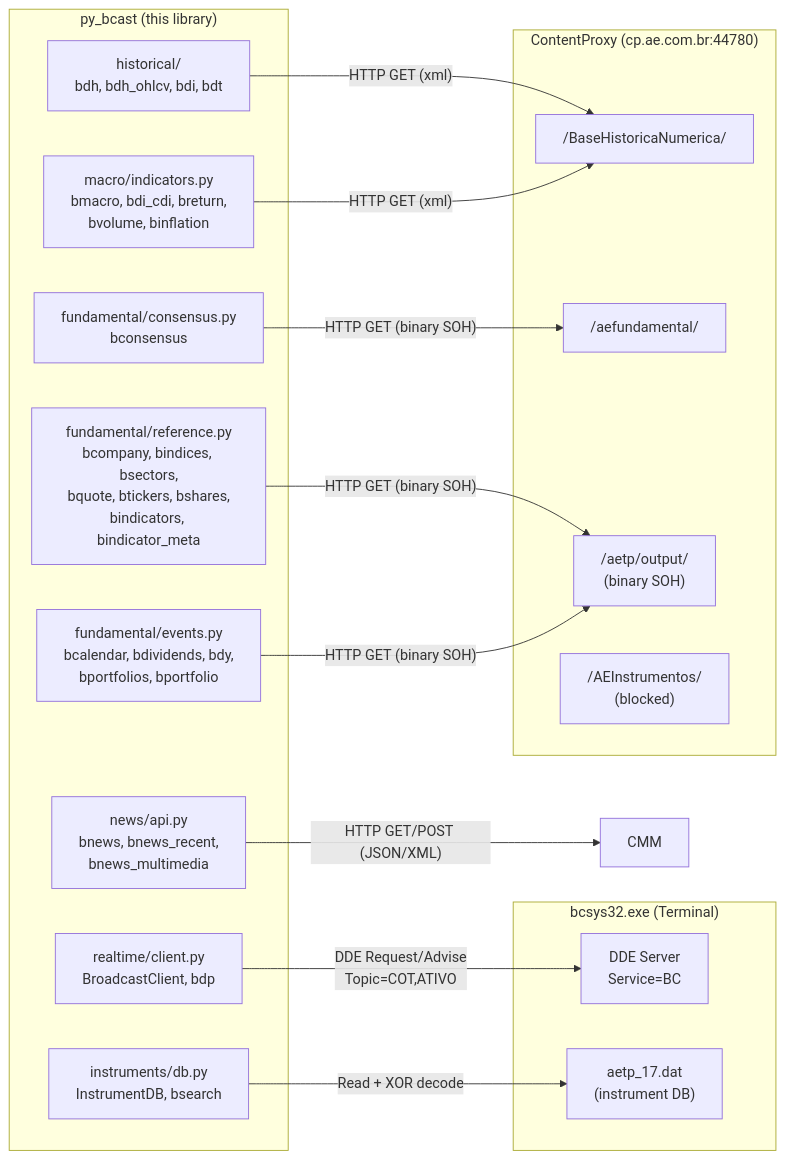
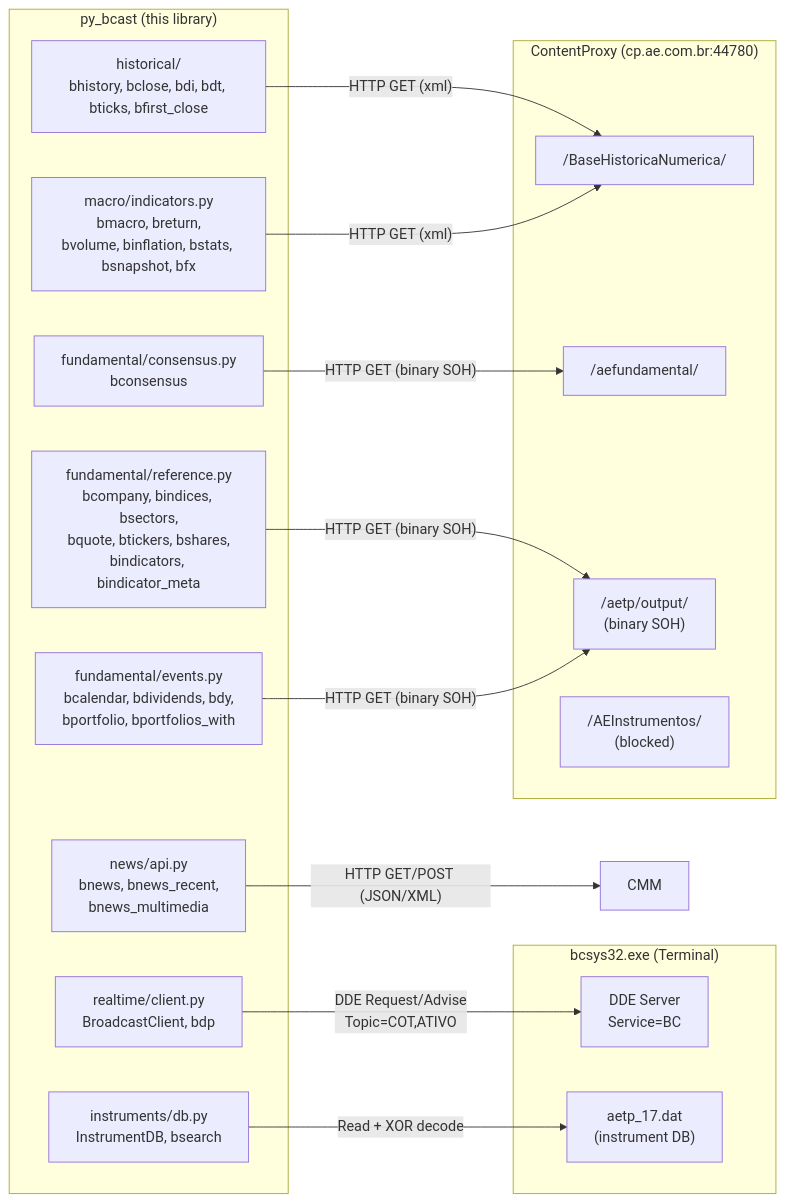
One commit to enzoomoreira/py-bcast changed the first of 2 diagrams in docs/legacy/internals.md. Above: the diagram before and after it, drawn with Mermaid. The commit also changed 7 other files, not shown here.

````diff
--- a/docs/legacy/internals.md
+++ b/docs/legacy/internals.md
@@ -22,34 +22,34 @@
 ```mermaid
 graph LR
     subgraph "py_bcast (this library)"
         CLIENT["realtime/client.py<br/>BroadcastClient, bdp"]
-        HIST["historical/<br/>bdh, bdh_ohlcv, bdi, bdt"]
-        MACRO["macro/indicators.py<br/>bmacro, bdi_cdi, breturn,<br/>bvolume, binflation"]
+        HIST["historical/<br/>bhistory, bclose, bdi, bdt, bticks, bfirst_close"]
+        MACRO["macro/indicators.py<br/>bmacro, breturn,<br/>bvolume, binflation, bstats, bsnapshot, bfx"]
         FUND["fundamental/consensus.py<br/>bconsensus"]
         REF["fundamental/reference.py<br/>bcompany, bindices, bsectors,<br/>bquote, btickers, bshares,<br/>bindicators, bindicator_meta"]
-        EVT["fundamental/events.py<br/>bcalendar, bdividends, bdy,<br/>bportfolios, bportfolio"]
+        EVT["fundamental/events.py<br/>bcalendar, bdividends, bdy,<br/>bportfolio, bportfolios_with"]
         NEWS["news/api.py<br/>bnews, bnews_recent,<br/>bnews_multimedia"]
         INST["instruments/db.py<br/>InstrumentDB, bsearch"]
     end
 
     subgraph "bcsys32.exe (Terminal)"
         DDE["DDE Server<br/>Service=BC"]
         DB["aetp_17.dat<br/>(instrument DB)"]
     end
 
     subgraph "ContentProxy (cp.ae.com.br:44780)"
         BHN["/BaseHistoricaNumerica/"]
         AEF["/aefundamental/"]
         AETP["/aetp/output/<br/>(binary SOH)"]
         AEI["/AEInstrumentos/<br/>(blocked)"]
     end
 
     CLIENT -->|"DDE Request/Advise<br/>Topic=COT,ATIVO"| DDE
     HIST -->|"HTTP GET (xml)"| BHN
     MACRO -->|"HTTP GET (xml)"| BHN
     FUND -->|"HTTP GET (binary SOH)"| AEF
     REF -->|"HTTP GET (binary SOH)"| AETP
     EVT -->|"HTTP GET (binary SOH)"| AETP
     NEWS -->|"HTTP GET/POST (JSON/XML)"| CMM
     INST -->|"Read + XOR decode"| DB
 ```
````
